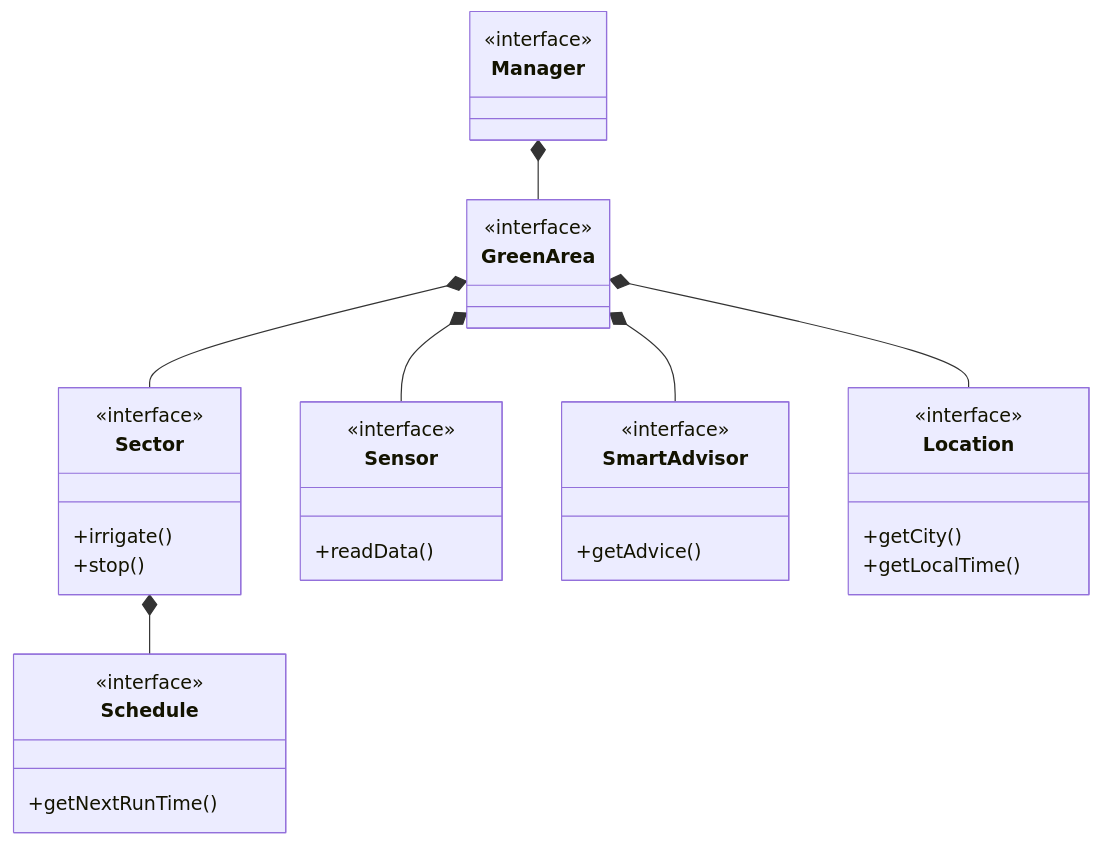
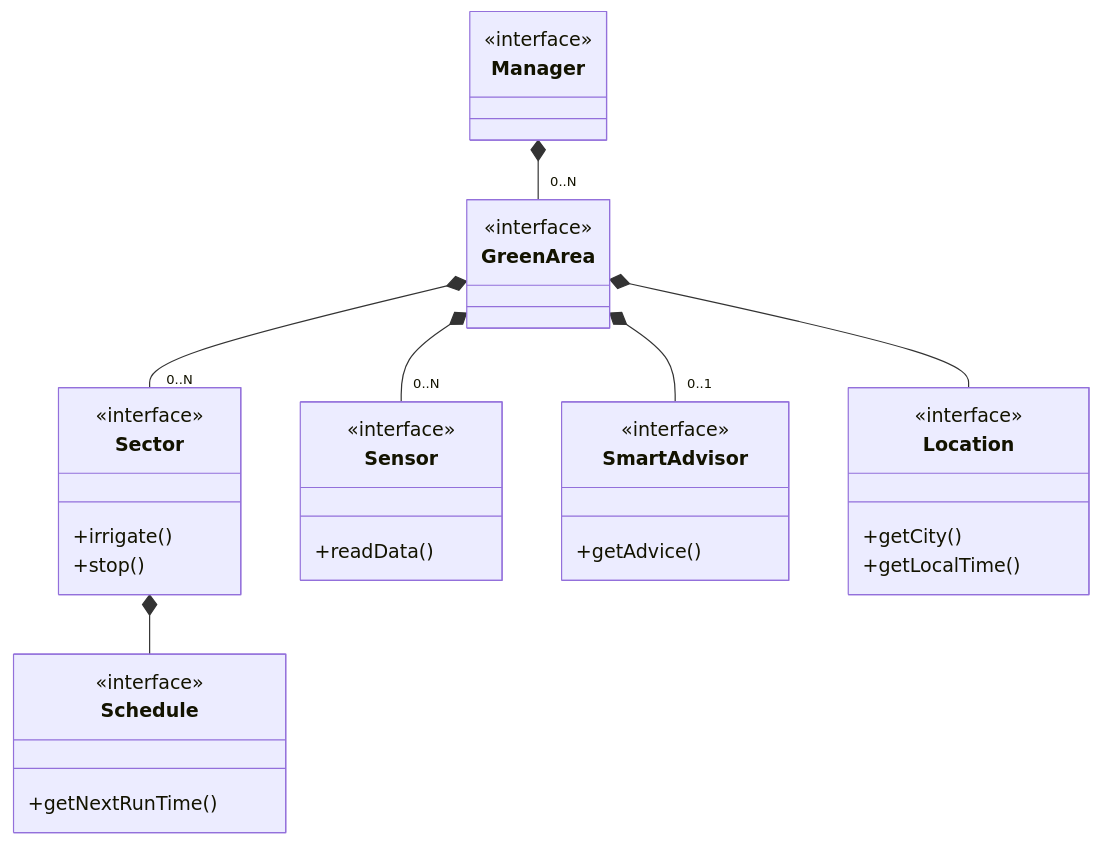
Before and after one commit to filippo16/pss-23-24-SystemGarden-Lutterotti: the first of 6 diagrams in README.md, drawn with Mermaid. The commit also changed other lines of this file, not shown here.

Commit message:
update uml

````diff
--- a/README.md
+++ b/README.md
@@ -44,48 +44,48 @@
 ```mermaid
 classDiagram
 
 class Manager {
     
 }
 <<interface>> Manager
 
 class GreenArea {
 
 }
 <<interface>> GreenArea
 
 class Sector {
     +irrigate()
     +stop()
 }
 <<interface>> Sector
 
 class Schedule {
     +getNextRunTime()
 }
 <<interface>> Schedule
 
 class Sensor {
     +readData()
 }
 <<interface>> Sensor
 
 class SmartAdvisor {
     +getAdvice()
 }
 <<interface>> SmartAdvisor
 
 class Location {
     +getCity()
     +getLocalTime()
 }
 <<interface>> Location
 
-Manager *-- GreenArea
-GreenArea *-- Sector
-GreenArea *-- Sensor
-GreenArea *-- SmartAdvisor
+Manager *-- "0..N" GreenArea
+GreenArea *-- "0..N" Sector
+GreenArea *-- "0..N" Sensor
+GreenArea *-- "0..1" SmartAdvisor
 GreenArea *-- Location
 Sector *-- Schedule
 
 ```
````
